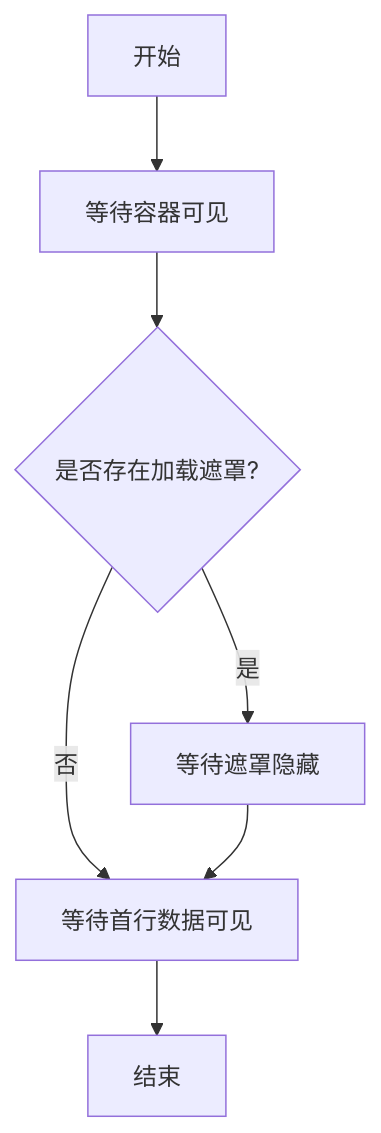
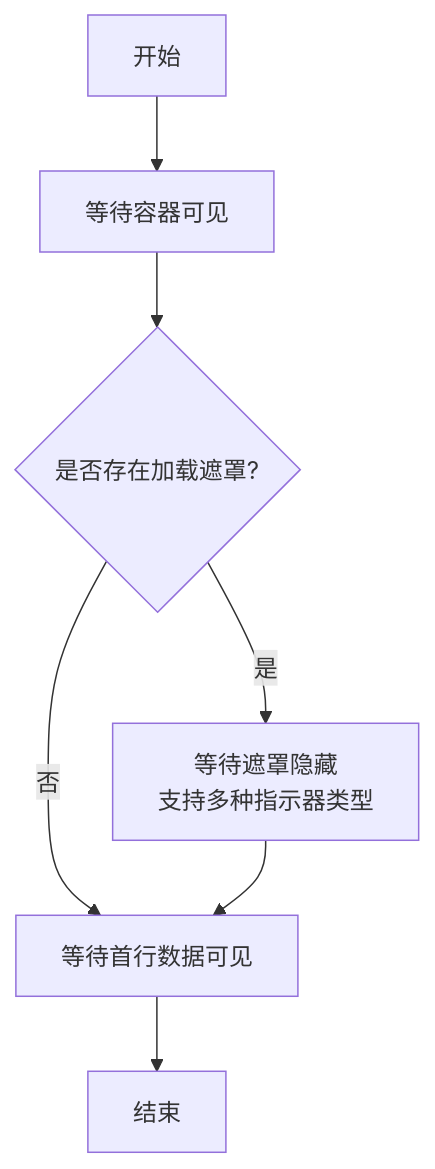
One commit to zzgoviziwind/--playwright changed the third of 8 diagrams in .qoder/repowiki/zh/content/API辅助工具/等待辅助工具.md. Above: the diagram before and after it, drawn with Mermaid. The commit also changed other lines of this file and 112 other files, not shown here.

````diff
--- a/.qoder/repowiki/zh/content/API辅助工具/等待辅助工具.md
+++ b/.qoder/repowiki/zh/content/API辅助工具/等待辅助工具.md
@@ -107,9 +125,9 @@
 ```mermaid
 flowchart TD
 S["开始"] --> V1["等待容器可见"]
 V1 --> L1{"是否存在加载遮罩?"}
-L1 --> |是| H["等待遮罩隐藏"]
+L1 --> |是| H["等待遮罩隐藏<br/>支持多种指示器类型"]
 L1 --> |否| D1["继续下一步"]
 H --> D1["等待首行数据可见"]
 D1 --> E["结束"]
 ```
````
